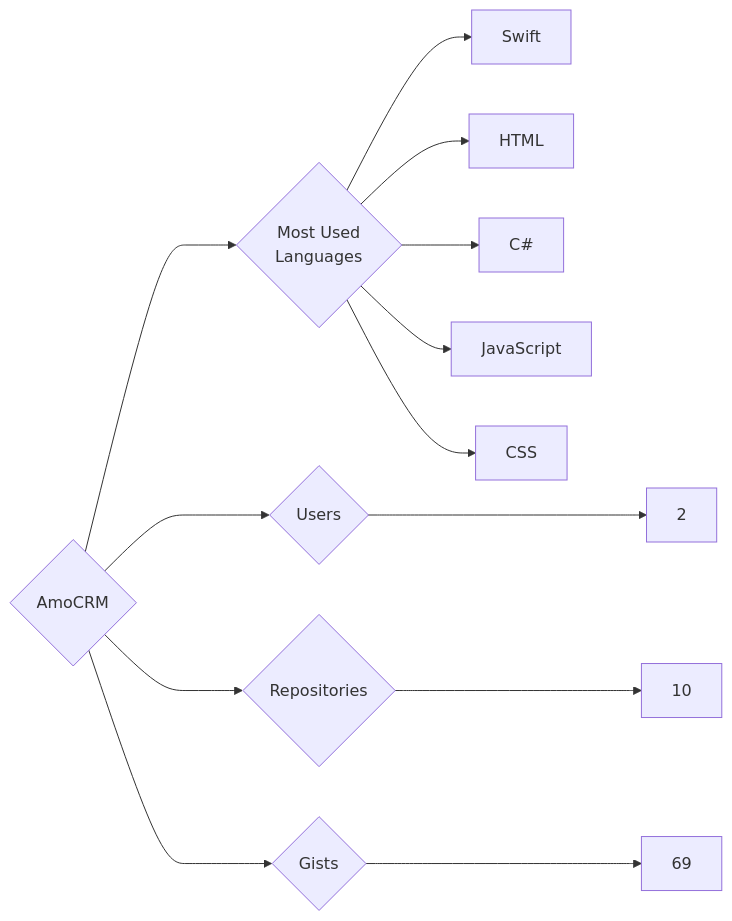
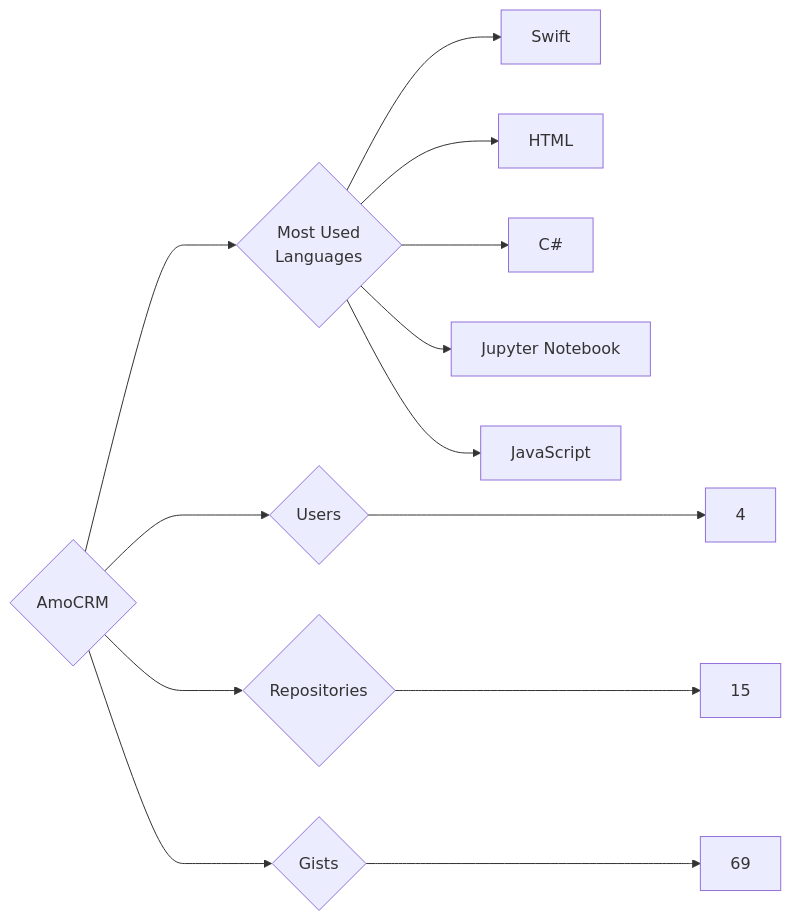
Before and after one commit to trickest/insiders: the diagram in targets/AmoCRM/README.md, drawn with Mermaid. The commit also changed 1149 other files, not shown here.

````diff
--- a/targets/AmoCRM/README.md
+++ b/targets/AmoCRM/README.md
@@ -3,13 +3,13 @@
 ```mermaid
 graph LR
 COMPANY_NAME{AmoCRM}
-COMPANY_NAME ---> U{Users} ---> UN[2]
-COMPANY_NAME ---> R{Repositories} ---> RN[10]
+COMPANY_NAME ---> U{Users} ---> UN[4]
+COMPANY_NAME ---> R{Repositories} ---> RN[15]
 COMPANY_NAME ---> G{Gists} ---> GN[69]
 COMPANY_NAME ---> ML{Most Used<br>Languages}
 ML --> Swift[Swift]
 ML --> HTML[HTML]
 ML --> C#[C#]
+ML --> Jupyter_Notebook[Jupyter Notebook]
 ML --> JavaScript[JavaScript]
-ML --> CSS[CSS]
 ```
````
